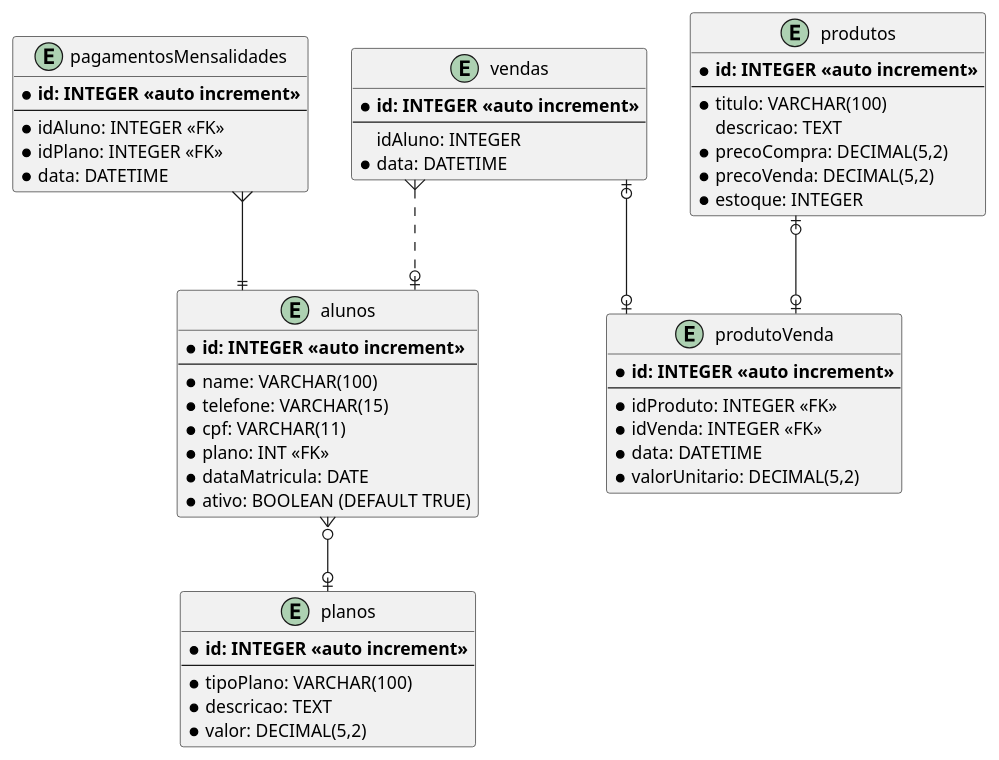
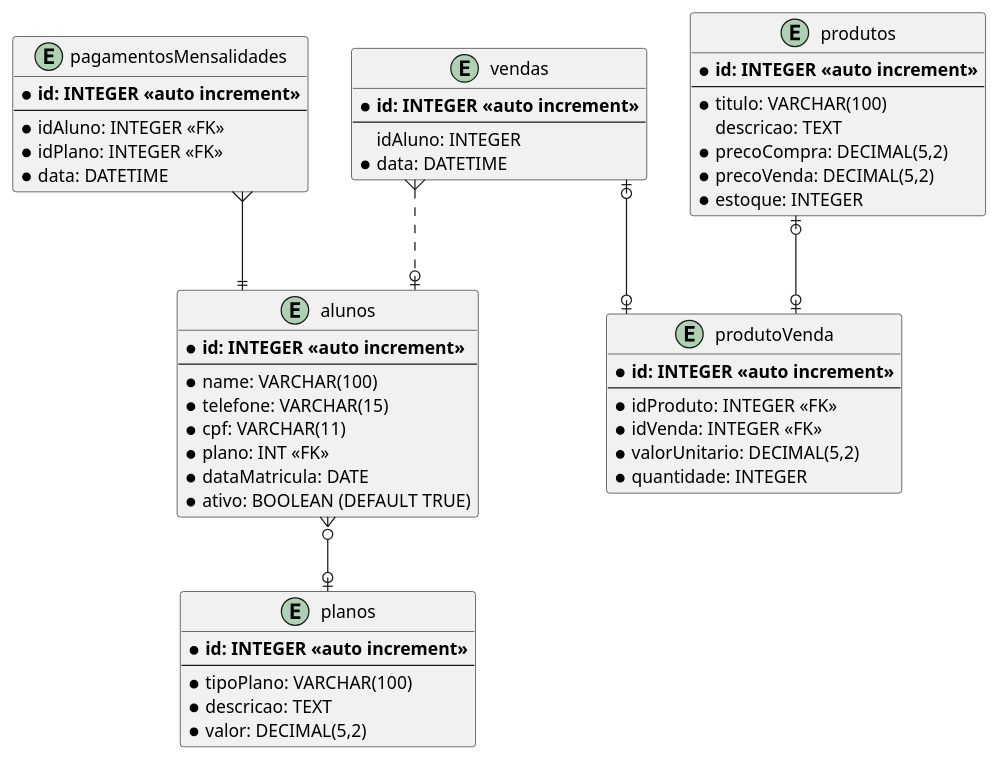
One commit to PI-2-semestre-DSM/app-acad changed the diagram in Diagramas/BancoDeDados/bancoDeDados.puml. Above: the diagram before and after it, drawn with PlantUML. The commit also changed 2 other files, not shown here.

Commit message:
update: db schema diagram

```diff
--- a/Diagramas/BancoDeDados/bancoDeDados.puml
+++ b/Diagramas/BancoDeDados/bancoDeDados.puml
@@ -1,66 +1,66 @@
-@startuml TitaniumAcadDB
+@startuml
 skinparam linetype ortho
 
 entity "alunos" {
 * **id: INTEGER <<auto increment>>**
 --
 *name: VARCHAR(100)
 *telefone: VARCHAR(15)
 *cpf: VARCHAR(11)
 *plano: INT <<FK>>
 *dataMatricula: DATE
 *ativo: BOOLEAN (DEFAULT TRUE)
 }
 
 entity "produtos" {
 * **id: INTEGER <<auto increment>>**
 --
 *titulo: VARCHAR(100)
  descricao: TEXT
 *precoCompra: DECIMAL(5,2)
 *precoVenda: DECIMAL(5,2)
 *estoque: INTEGER
 }
 
 
 entity "vendas" {
 * **id: INTEGER <<auto increment>>**
 --
  idAluno: INTEGER
 *data: DATETIME
 }
 
 entity "produtoVenda" {
 * **id: INTEGER <<auto increment>>**
 --
 *idProduto: INTEGER <<FK>>
 *idVenda: INTEGER <<FK>>
-*data: DATETIME
 *valorUnitario: DECIMAL(5,2)
+*quantidade: INTEGER
 }
 
 entity "planos" {
 * **id: INTEGER <<auto increment>>**
 --
 *tipoPlano: VARCHAR(100)
 *descricao: TEXT
 *valor: DECIMAL(5,2)
 }
 
 entity "pagamentosMensalidades" {
 * **id: INTEGER <<auto increment>>**
 --
 *idAluno: INTEGER <<FK>>
 *idPlano: INTEGER <<FK>>
 *data: DATETIME
 }
 
 alunos }o--o|planos
 vendas |o--o| produtoVenda
 produtos |o--o| produtoVenda
 pagamentosMensalidades }--|| alunos
 vendas }..o| alunos
 
 
 
 @enduml
```
